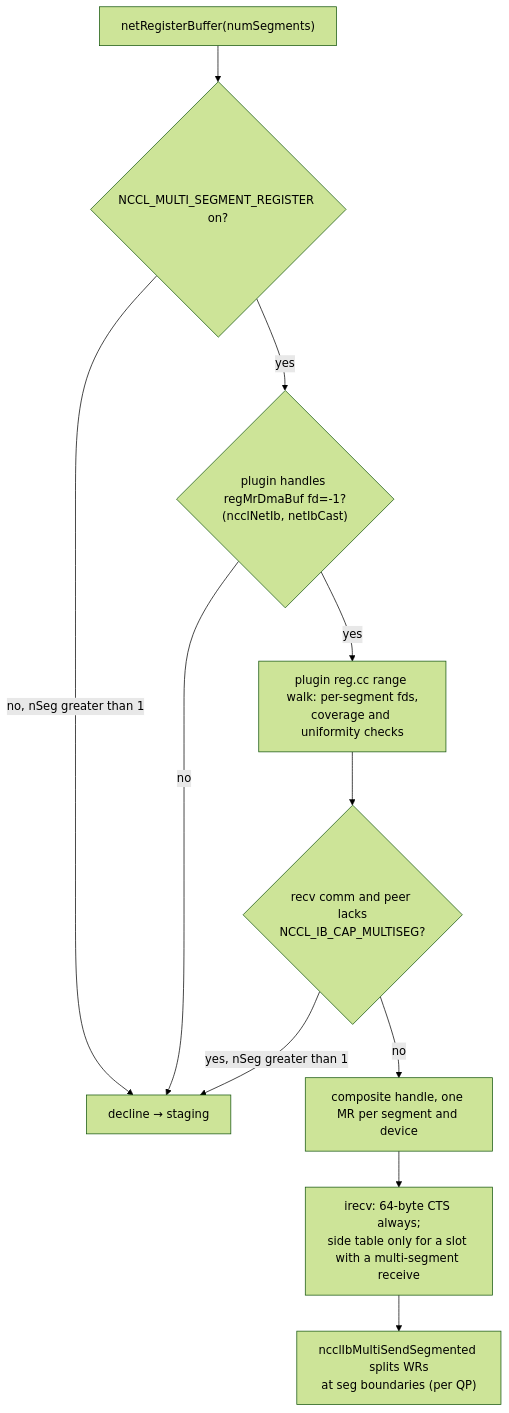
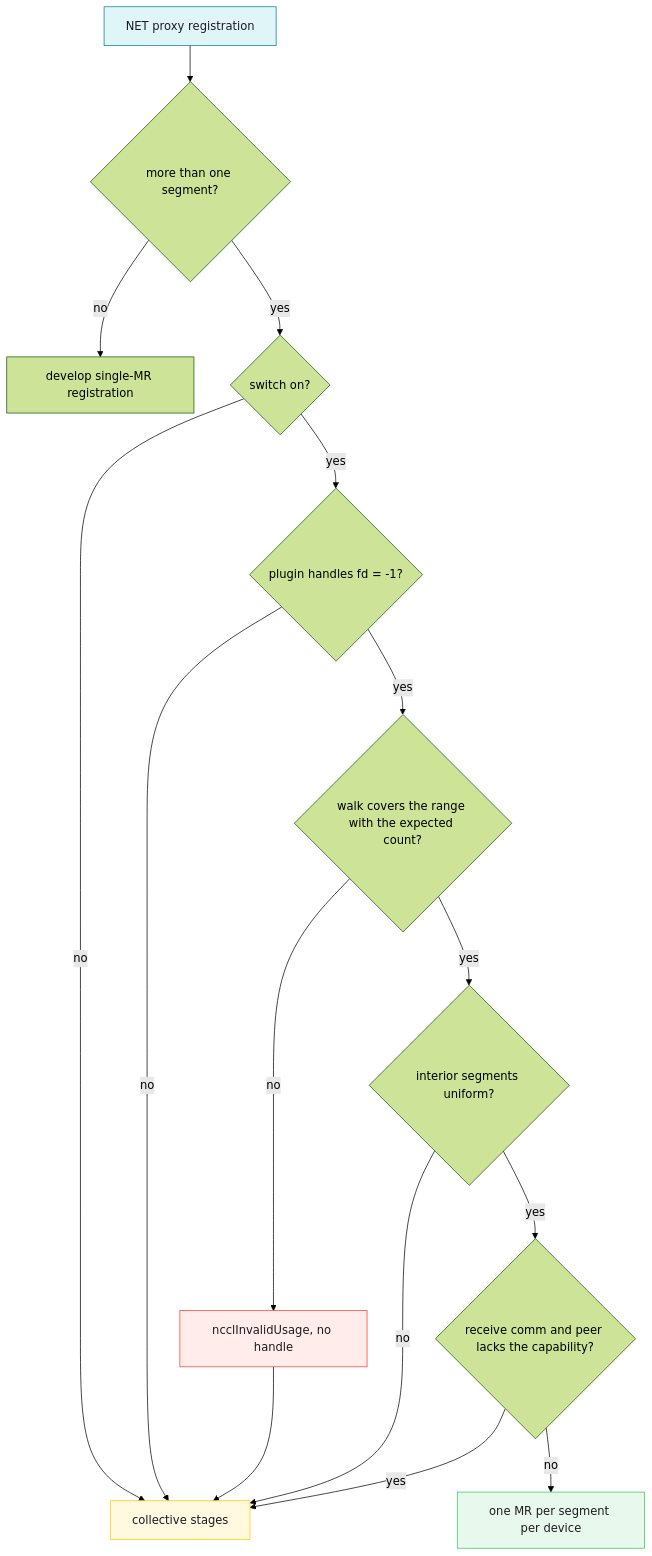
Before and after one commit to ROCm/rocm-systems: the second of 3 diagrams in projects/rccl/docs/design/multi_segment_netib_wire.md, drawn with Mermaid (forest theme). The commit also changed other lines of this file and 18 other files, not shown here.

First line of the commit message:
docs: reorganize the multi-segment design notes and add a code map

````diff
--- a/projects/rccl/docs/design/multi_segment_netib_wire.md
+++ b/projects/rccl/docs/design/multi_segment_netib_wire.md
@@ -663,13 +90,25 @@
 ```mermaid
 flowchart TD
-  A["netRegisterBuffer(numSegments)"] --> SW{"NCCL_MULTI_SEGMENT_REGISTER on?"}
-  SW -->|no, nSeg greater than 1| DEC["decline → staging"]
-  SW -->|yes| P{"plugin handles regMrDmaBuf fd=-1?<br/>(ncclNetIb, netIbCast)"}
-  P -->|no| DEC
-  P -->|yes| E["plugin reg.cc range walk: per-segment fds,<br/>coverage and uniformity checks"]
-  E --> Cap{"recv comm and peer lacks<br/>NCCL_IB_CAP_MULTISEG?"}
-  Cap -->|yes, nSeg greater than 1| DEC
-  Cap -->|no| H["composite handle, one MR per segment and device"]
-  H --> R["irecv: 64-byte CTS always;<br/>side table only for a slot with a multi-segment receive"]
-  R --> S["ncclIbMultiSendSegmented splits WRs<br/>at seg boundaries (per QP)"]
+ reg["NET proxy registration"] --> n{"more than one segment?"}
+ n -->|no| single["develop single-MR registration"]
+ n -->|yes| sw{"switch on?"}
+ sw -->|no| stage["collective stages"]
+ sw -->|yes| fd{"plugin handles fd = -1?"}
+ fd -->|no| stage
+ fd -->|yes| walk{"walk covers the range with the expected count?"}
+ walk -->|no| inv["ncclInvalidUsage, no handle"]
+ inv --> stage
+ walk -->|yes| uni{"interior segments uniform?"}
+ uni -->|no| stage
+ uni -->|yes| cap{"receive comm and peer lacks the capability?"}
+ cap -->|yes| stage
+ cap -->|no| mrs["one MR per segment per device"]
+ classDef netib fill:#e0f5f8,stroke:#008299,color:#1d1d1f
+ classDef okpath fill:#e8f8ec,stroke:#34c759,color:#1d1d1f
+ classDef stagepath fill:#fff9e0,stroke:#ffcc00,color:#1d1d1f
+ classDef failpath fill:#ffeceb,stroke:#ff3b30,color:#1d1d1f
+ class reg netib
+ class mrs okpath
+ class stage stagepath
+ class inv failpath
 ```
````
